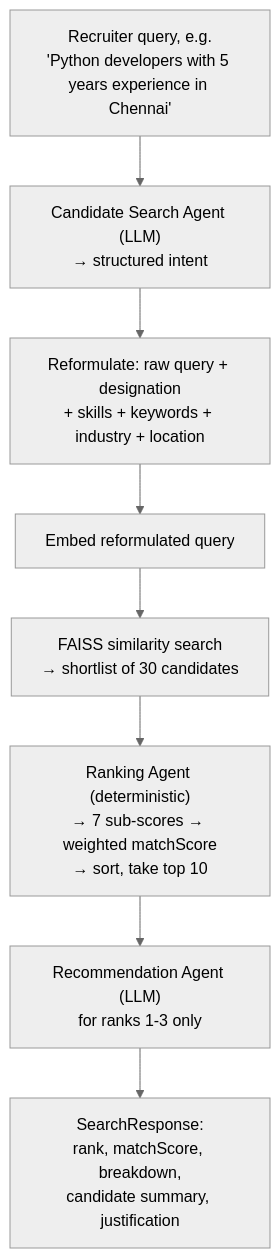
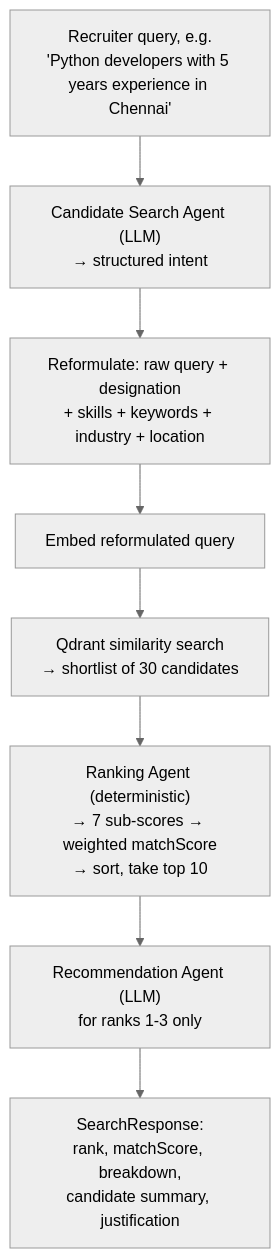
One commit to Faadil747/RAG-Chatbot changed the fourth of 4 diagrams in README.md. Above: the diagram before and after it, drawn with Mermaid (neutral theme). The commit also changed other lines of this file and 1208 other files, not shown here.

````diff
--- a/README.md
+++ b/README.md
@@ -388,10 +397,10 @@
 ```mermaid
 flowchart TD
     A["Recruiter query, e.g.<br/>'Python developers with 5 years experience in Chennai'"] --> B["Candidate Search Agent (LLM)<br/>→ structured intent"]
     B --> C["Reformulate: raw query + designation<br/>+ skills + keywords + industry + location"]
     C --> D["Embed reformulated query"]
-    D --> E["FAISS similarity search<br/>→ shortlist of 30 candidates"]
+    D --> E["Qdrant similarity search<br/>→ shortlist of 30 candidates"]
     E --> F["Ranking Agent (deterministic)<br/>→ 7 sub-scores → weighted matchScore<br/>→ sort, take top 10"]
     F --> G["Recommendation Agent (LLM)<br/>for ranks 1-3 only"]
     G --> H["SearchResponse:<br/>rank, matchScore, breakdown,<br/>candidate summary, justification"]
 ```
````
